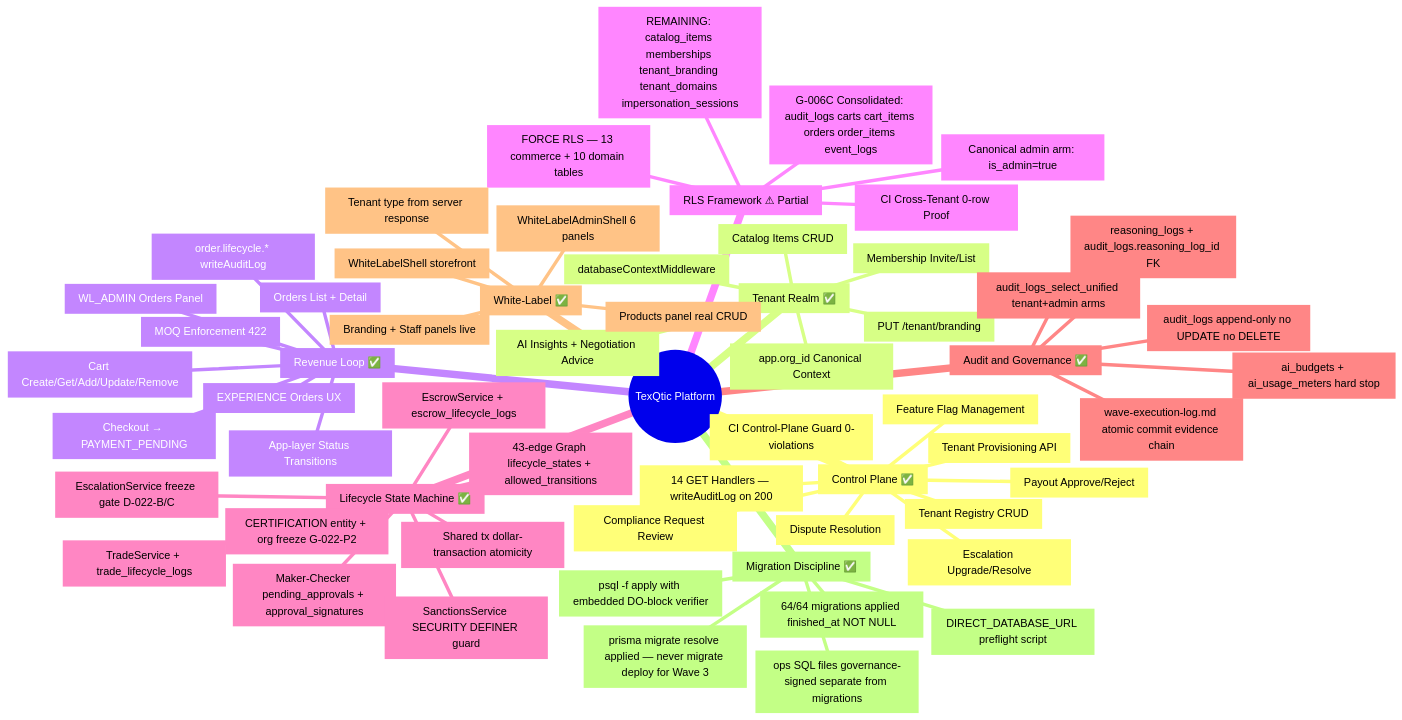
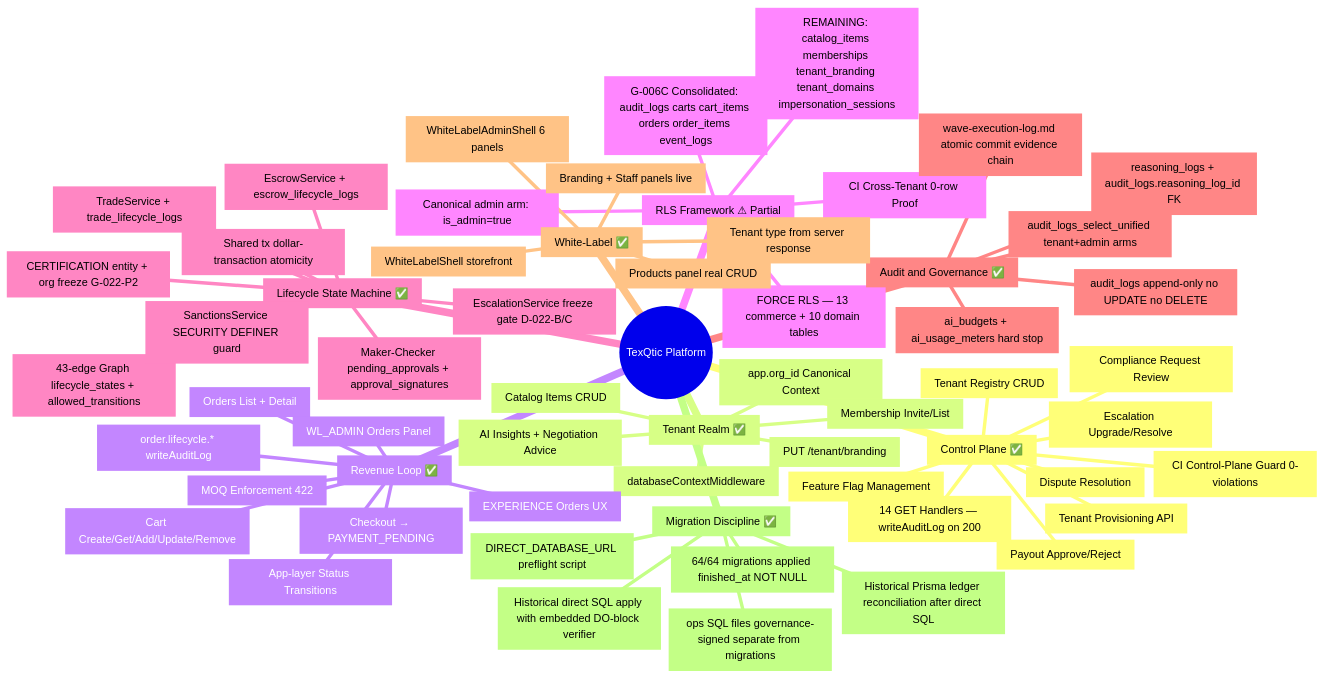
One commit to TexQtic/TexQtic changed the first of 2 diagrams in docs/governance/MASTER-IMPLEMENTATION-PLAN-2026-03.md. Above: the diagram before and after it, drawn with Mermaid. The commit also changed other lines of this file and 4 other files, not shown here.

````diff
--- a/docs/governance/MASTER-IMPLEMENTATION-PLAN-2026-03.md
+++ b/docs/governance/MASTER-IMPLEMENTATION-PLAN-2026-03.md
@@ -395,63 +401,63 @@
 ```mermaid
 mindmap
   root((TexQtic Platform))
     ControlPlane[Control Plane ✅]
       Provisioning[Tenant Provisioning API]
       TenantRegistry[Tenant Registry CRUD]
       FeatureFlags[Feature Flag Management]
       FinanceOps[Payout Approve/Reject]
       Compliance[Compliance Request Review]
       Disputes[Dispute Resolution]
       Escalation[Escalation Upgrade/Resolve]
       ReadAudit[14 GET Handlers — writeAuditLog on 200]
       CIGuardrails[CI Control-Plane Guard 0-violations]
     TenantRealm[Tenant Realm ✅]
       ContextCanon[app.org_id Canonical Context]
       MiddlewareUnified[databaseContextMiddleware]
       BrandingAPI[PUT /tenant/branding]
       MembershipsAPI[Membership Invite/List]
       CatalogAPI[Catalog Items CRUD]
       AIInsights[AI Insights + Negotiation Advice]
     RevenueLoop[Revenue Loop ✅]
       CartLifecycle[Cart Create/Get/Add/Update/Remove]
       MOQEnforcement[MOQ Enforcement 422]
       Checkout[Checkout → PAYMENT_PENDING]
       OrderList[Orders List + Detail]
       OrderTransitions[App-layer Status Transitions]
       AuditTrail[order.lifecycle.* writeAuditLog]
       WLAdminOrders[WL_ADMIN Orders Panel]
       ExperienceOrders[EXPERIENCE Orders UX]
     RLSFramework[RLS Framework ⚠ Partial]
       ForceRLS[FORCE RLS — 13 commerce + 10 domain tables]
       PolicyConsolidate[G-006C Consolidated: audit_logs carts cart_items orders order_items event_logs]
       AdminArm[Canonical admin arm: is_admin=true]
       CIProof[CI Cross-Tenant 0-row Proof]
       REMAINING[REMAINING: catalog_items memberships tenant_branding tenant_domains impersonation_sessions]
     LifecycleSM[Lifecycle State Machine ✅]
       SMCore[43-edge Graph lifecycle_states + allowed_transitions]
       SMAtomicity[Shared tx dollar-transaction atomicity]
       TradeLifecycle[TradeService + trade_lifecycle_logs]
       EscrowLifecycle[EscrowService + escrow_lifecycle_logs]
       MakerChecker[Maker-Checker pending_approvals + approval_signatures]
       Escalations[EscalationService freeze gate D-022-B/C]
       CertFreeze[CERTIFICATION entity + org freeze G-022-P2]
       Sanctions[SanctionsService SECURITY DEFINER guard]
     AuditGovernance[Audit and Governance ✅]
       AppendOnly[audit_logs append-only no UPDATE no DELETE]
       SelectUnified[audit_logs_select_unified tenant+admin arms]
       ReasoningLogs[reasoning_logs + audit_logs.reasoning_log_id FK]
       AIBudget[ai_budgets + ai_usage_meters hard stop]
       WaveLog[wave-execution-log.md atomic commit evidence chain]
     WhiteLabel[White-Label ✅]
       WLShell[WhiteLabelShell storefront]
       WLAdminShell[WhiteLabelAdminShell 6 panels]
       WLProducts[Products panel real CRUD]
       BrandingPanel[Branding + Staff panels live]
       WLTypeDerive[Tenant type from server response]
     MigrationDiscipline[Migration Discipline ✅]
       64Migrations[64/64 migrations applied finished_at NOT NULL]
-      PsqlApply[psql -f apply with embedded DO-block verifier]
-      LedgerSync[prisma migrate resolve applied — never migrate deploy for Wave 3]
+      PsqlApply[Historical direct SQL apply with embedded DO-block verifier]
+      LedgerSync[Historical Prisma ledger reconciliation after direct SQL]
       OpsSQL[ops SQL files governance-signed separate from migrations]
       EnvPreflight[DIRECT_DATABASE_URL preflight script]
 ```
````
